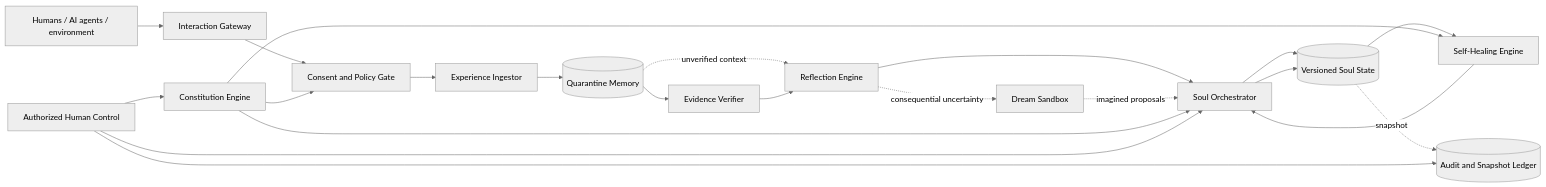
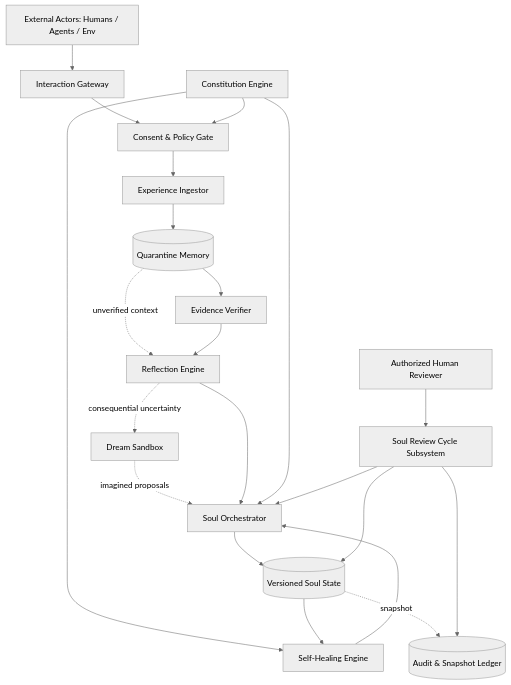
One commit to Azhonaras/soul-engine changed the first of 8 diagrams in docs/ARCHITECTURE.md. Above: the diagram before and after it, drawn with Mermaid (neutral theme). The commit also changed other lines of this file and 32 other files, not shown here.

First line of the commit message:
feat(release): v1.1.0 - Human Review Cycle Governance, ISO Verification & Benchmark Suite

````diff
--- a/docs/ARCHITECTURE.md
+++ b/docs/ARCHITECTURE.md
@@ -22,25 +22,31 @@
 ```mermaid
-flowchart LR
-    A[Humans / AI agents / environment] --> G[Interaction Gateway]
-    G --> P[Consent and Policy Gate]
-    P --> E[Experience Ingestor]
-    E --> Q[(Quarantine Memory)]
-    Q --> V[Evidence Verifier]
-    Q -. unverified context .-> R[Reflection Engine]
+flowchart TD
+    %% 1. Ingestion Layer
+    A["External Actors: Humans / Agents / Env"] --> G["Interaction Gateway"]
+    G --> P["Consent & Policy Gate"]
+    P --> E["Experience Ingestor"]
+    E --> Q[("Quarantine Memory")]
+
+    %% 2. Cognition & Verification Layer
+    Q --> V["Evidence Verifier"]
+    Q -.->|unverified context| R["Reflection Engine"]
     V --> R
-    R --> O[Soul Orchestrator]
-    O --> S[(Versioned Soul State)]
-    R -. consequential uncertainty .-> D[Dream Sandbox]
-    D -. imagined proposals .-> O
-    S --> H[Self-Healing Engine]
+    R -.->|consequential uncertainty| D["Dream Sandbox"]
+    D -.->|imagined proposals| O["Soul Orchestrator"]
+    R --> O
+
+    %% 3. Governance & Review Layer
+    C["Constitution Engine"] --> P
+    C --> O
+    C --> H["Self-Healing Engine"]
+    U["Authorized Human Reviewer"] --> REV["Soul Review Cycle Subsystem"]
+    REV --> O
+
+    %% 4. Persistence & Audit Layer
+    O --> S[("Versioned Soul State")]
+    S --> H
     H --> O
-    O --> S
-    S -. snapshot .-> L[(Audit and Snapshot Ledger)]
-
-    C[Constitution Engine] --> P
-    C --> O
-    C --> H
-    U[Authorized Human Control] --> C
-    U --> O
-    U --> L
+    S -.->|snapshot| L[("Audit & Snapshot Ledger")]
+    REV --> S
+    REV --> L
 ```
````
